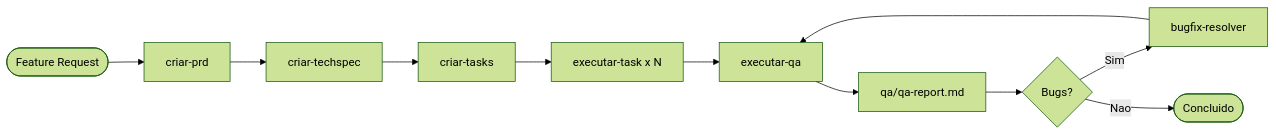
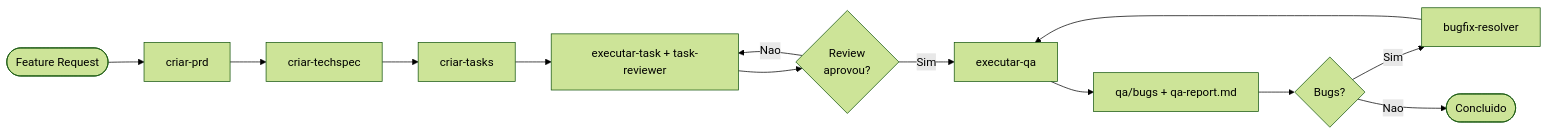
One commit to franlauriano/task-manager changed the second of 2 diagrams in .ia/fluxo-desenvolvimento-ia.md. Above: the diagram before and after it, drawn with Mermaid (forest theme). The commit also changed other lines of this file and 4 other files, not shown here.

````diff
--- a/.ia/fluxo-desenvolvimento-ia.md
+++ b/.ia/fluxo-desenvolvimento-ia.md
@@ -67,11 +67,13 @@
 ```mermaid
 flowchart LR
     A([Feature Request]) --> B[criar-prd] --> C[criar-techspec] --> D[criar-tasks]
-    D --> E["executar-task x N"]
-    E --> F[executar-qa]
-    F --> F1[qa/qa-report.md]
+    D --> E["executar-task + task-reviewer"]
+    E --> E1{Review<br/>aprovou?}
+    E1 -->|Nao| E
+    E1 -->|Sim| F[executar-qa]
+    F --> F1["qa/bugs + qa-report.md"]
     F1 --> G{Bugs?}
     G -->|Sim| H[bugfix-resolver]
     H --> F
     G -->|Nao| I([Concluido])
 ```
````
